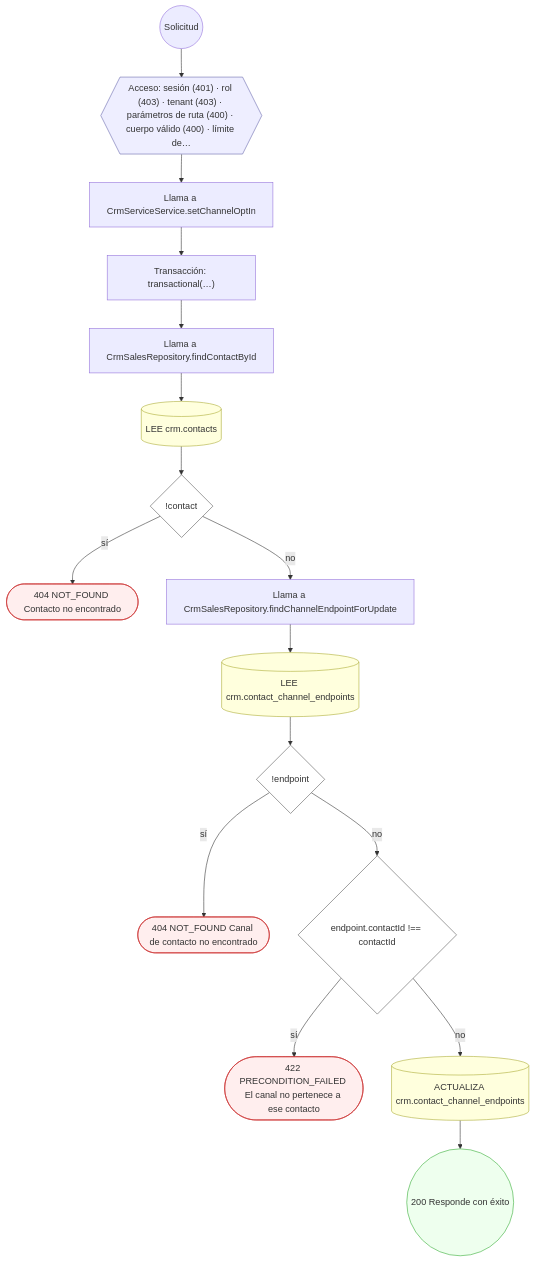
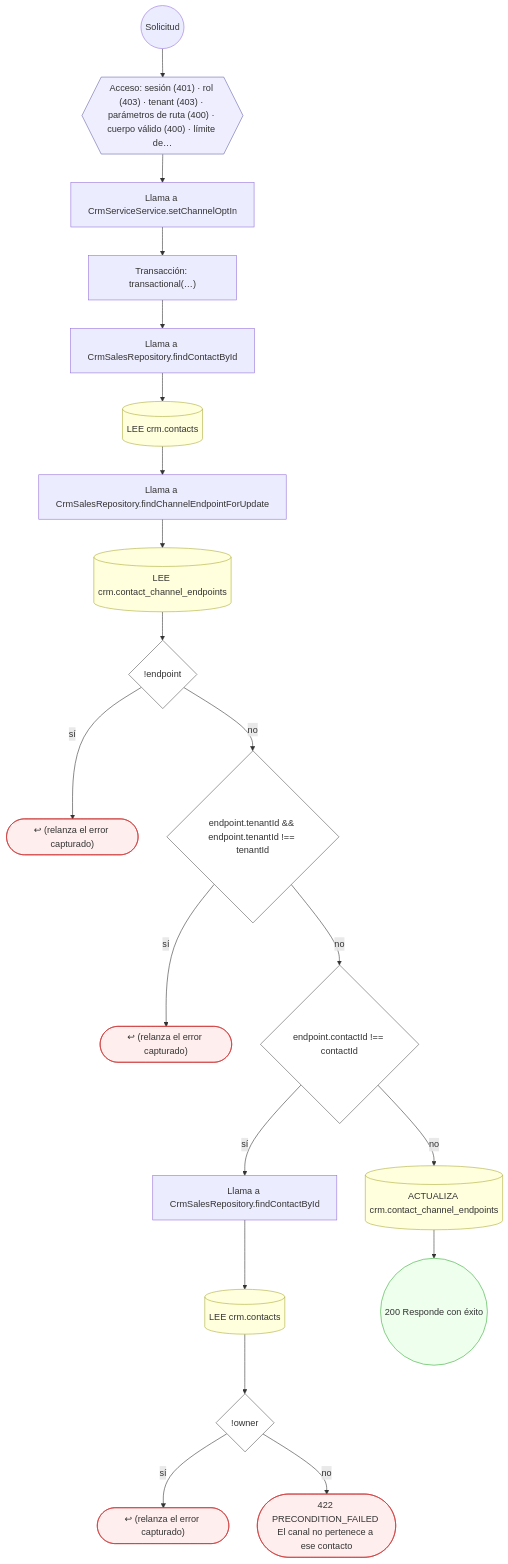
One commit to mdavila-2001/mantra-core-health-api changed the ninth of 15 diagrams in docs/inventario/flujos/crm.md. Above: the diagram before and after it, drawn with Mermaid. The commit also changed other lines of this file and 438 other files, not shown here.

````diff
--- a/docs/inventario/flujos/crm.md
+++ b/docs/inventario/flujos/crm.md
@@ -588,40 +554,48 @@
 ```mermaid
 flowchart TD
   n1(("Solicitud")):::inicio
   n2{{"Acceso: sesión (401) · rol (403) · tenant (403) · parámetros de ruta (400) · cuerpo válido (400) · límite de…"}}:::acceso
   n1 --> n2
   n3["Llama a CrmServiceService.setChannelOptIn"]:::llamada
   n2 --> n3
   n4["Transacción: transactional(…)"]:::transaccion
   n3 --> n4
   n5["Llama a CrmSalesRepository.findContactById"]:::llamada
   n4 --> n5
   n6[("LEE crm.contacts")]:::efecto
   n5 --> n6
-  n7{"!contact"}:::decision
+  n7["Llama a CrmSalesRepository.findChannelEndpointForUpdate"]:::llamada
   n6 --> n7
-  n8(["404 NOT_FOUND Contacto no encontrado"]):::error
-  n7 -->|"sí"| n8
-  n9["Llama a CrmSalesRepository.findChannelEndpointForUpdate"]:::llamada
-  n7 -->|"no"| n9
-  n10[("LEE crm.contact_channel_endpoints")]:::efecto
-  n9 --> n10
-  n11{"!endpoint"}:::decision
-  n10 --> n11
-  n12(["404 NOT_FOUND Canal de contacto no encontrado"]):::error
+  n8[("LEE crm.contact_channel_endpoints")]:::efecto
+  n7 --> n8
+  n9{"!endpoint"}:::decision
+  n8 --> n9
+  n10(["↩ (relanza el error capturado)"]):::error
+  n9 -->|"sí"| n10
+  n11{"endpoint.tenantId && endpoint.tenantId !== tenantId"}:::decision
+  n9 -->|"no"| n11
+  n12(["↩ (relanza el error capturado)"]):::error
   n11 -->|"sí"| n12
   n13{"endpoint.contactId !== contactId"}:::decision
   n11 -->|"no"| n13
-  n14(["422 PRECONDITION_FAILED El canal no pertenece a ese contacto"]):::error
+  n14["Llama a CrmSalesRepository.findContactById"]:::llamada
   n13 -->|"sí"| n14
-  n15[("ACTUALIZA crm.contact_channel_endpoints")]:::efecto
-  n13 -->|"no"| n15
-  n16(("200 Responde con éxito")):::ok
+  n15[("LEE crm.contacts")]:::efecto
+  n14 --> n15
+  n16{"!owner"}:::decision
   n15 --> n16
+  n17(["↩ (relanza el error capturado)"]):::error
+  n16 -->|"sí"| n17
+  n18(["422 PRECONDITION_FAILED El canal no pertenece a ese contacto"]):::error
+  n16 -->|"no"| n18
+  n19[("ACTUALIZA crm.contact_channel_endpoints")]:::efecto
+  n13 -->|"no"| n19
+  n20(("200 Responde con éxito")):::ok
+  n19 --> n20
   classDef acceso fill:#eef,stroke:#66a
   classDef error fill:#fee,stroke:#c33
   classDef ok fill:#efe,stroke:#3a3
   classDef efecto fill:#ffd,stroke:#aa3
   classDef decision fill:#fff,stroke:#555
   classDef corte fill:#eee,stroke:#999,stroke-dasharray: 4
 ```
````
